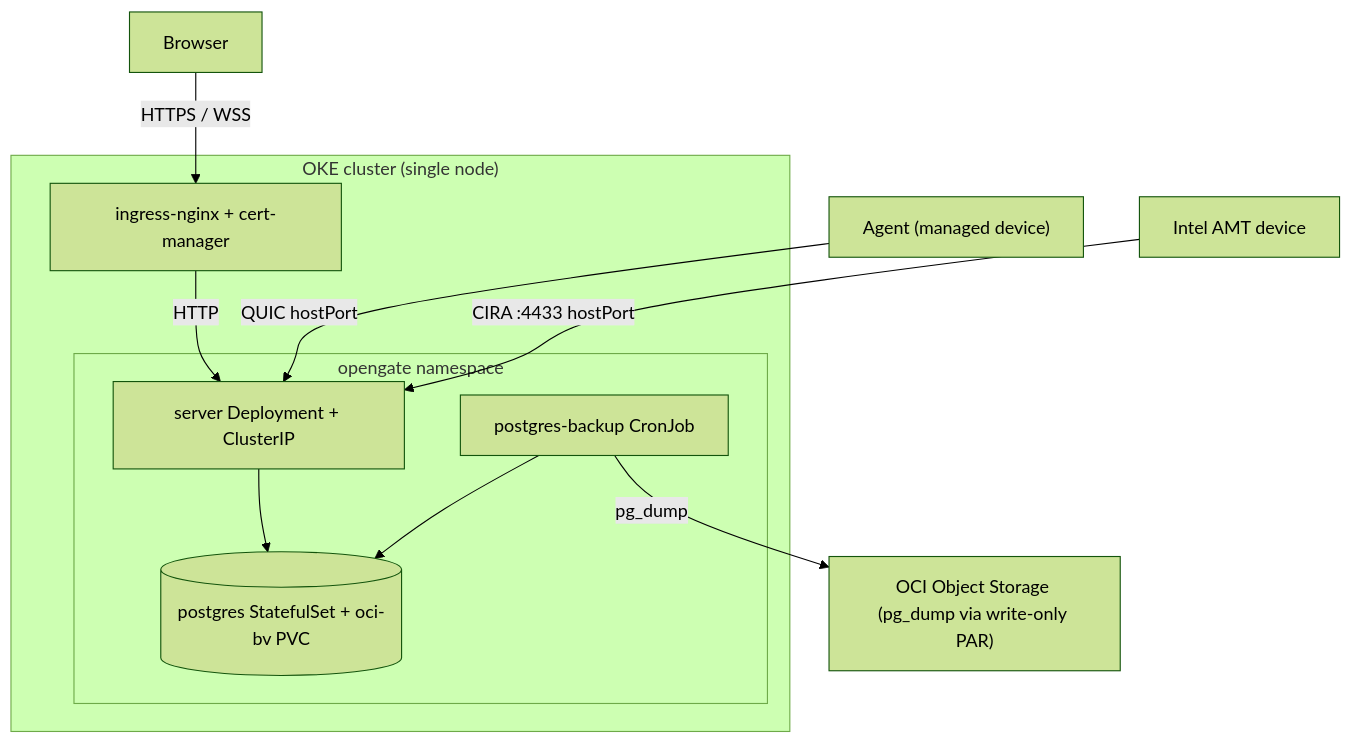
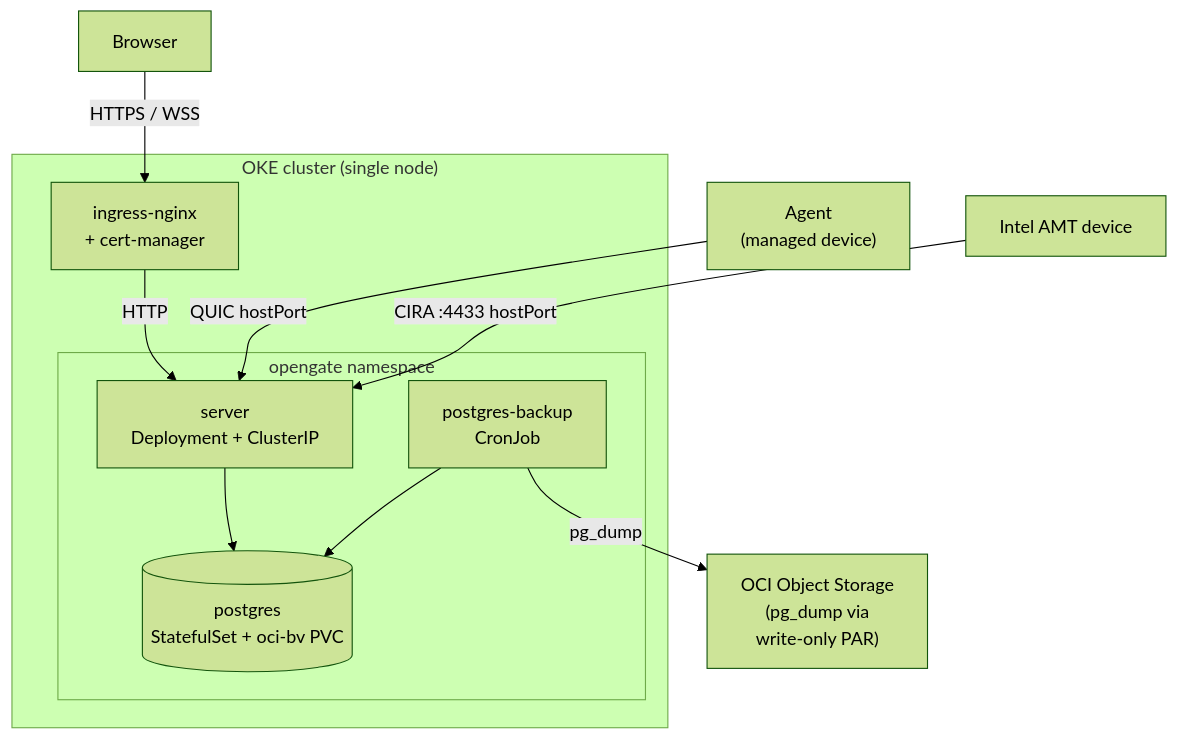
One commit to volchanskyi/opengate changed the diagram in docs/Kubernetes.md. Above: the diagram before and after it, drawn with Mermaid (forest theme). The commit also changed 4 other files, not shown here.

First line of the commit message:
docs(diagrams): fall back C4 to flowchart; wrap clipped flowchart labels

````diff
--- a/docs/Kubernetes.md
+++ b/docs/Kubernetes.md
@@ -14,24 +14,24 @@
 ```mermaid
 flowchart TB
   BROWSER["Browser"]
-  AGENT["Agent (managed device)"]
+  AGENT["Agent<br/>(managed device)"]
   AMT["Intel AMT device"]
 
   subgraph OKE["OKE cluster (single node)"]
-    INGRESS["ingress-nginx + cert-manager"]
+    INGRESS["ingress-nginx<br/>+ cert-manager"]
     subgraph NS["opengate namespace"]
-      SERVER["server Deployment + ClusterIP"]
-      PG[("postgres StatefulSet + oci-bv PVC")]
-      BACKUP["postgres-backup CronJob"]
+      SERVER["server<br/>Deployment + ClusterIP"]
+      PG[("postgres<br/>StatefulSet + oci-bv PVC")]
+      BACKUP["postgres-backup<br/>CronJob"]
     end
   end
-  OBJ["OCI Object Storage (pg_dump via write-only PAR)"]
+  OBJ["OCI Object Storage<br/>(pg_dump via<br/>write-only PAR)"]
 
-  BROWSER -->|HTTPS / WSS| INGRESS
-  INGRESS -->|HTTP| SERVER
-  AGENT -->|QUIC hostPort| SERVER
-  AMT -->|CIRA :4433 hostPort| SERVER
+  BROWSER -->|"HTTPS / WSS"| INGRESS
+  INGRESS -->|"HTTP"| SERVER
+  AGENT -->|"QUIC hostPort"| SERVER
+  AMT -->|"CIRA :4433 hostPort"| SERVER
   SERVER --> PG
   BACKUP --> PG
-  BACKUP -->|pg_dump| OBJ
+  BACKUP -->|"pg_dump"| OBJ
 ```
````
